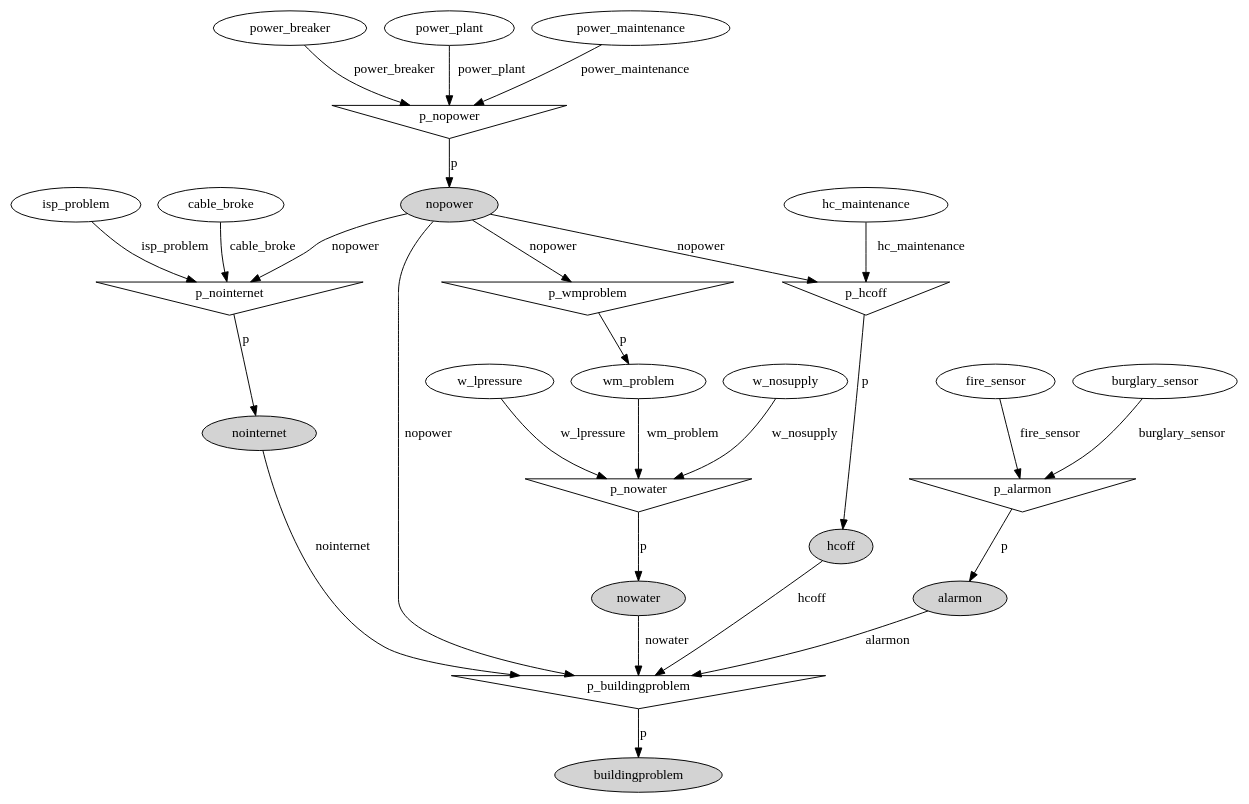
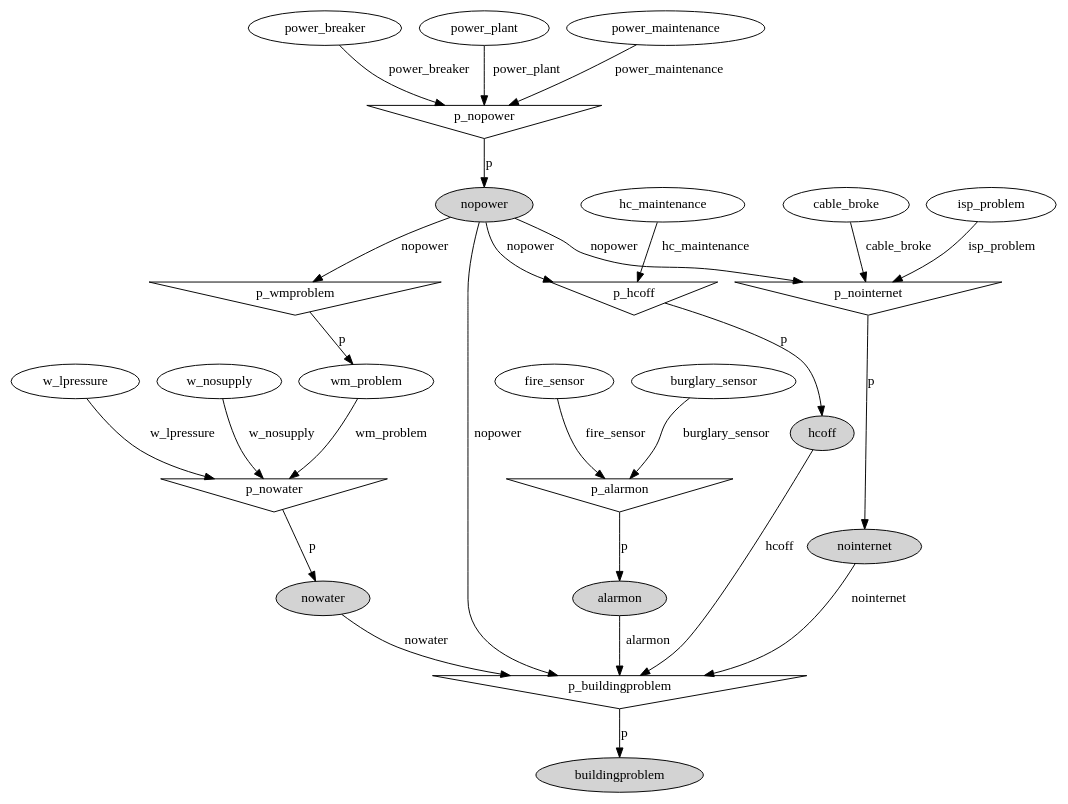
The diagram in container.dot (rolisanchez/ai-project-mcmc), drawn with Graphviz before and after one commit. The commit also changed other lines of this file and 9 other files, not shown here.

```diff
--- a/container.dot
+++ b/container.dot
@@ -1,52 +1,52 @@
 digraph G {
-nointernet [style=filled];
-p_nointernet [shape=invtriangle];
-p_nointernet -> nointernet  [label=p];
-nopower [style=filled];
-nopower -> p_nointernet  [label=nopower];
-p_nopower [shape=invtriangle];
-p_nopower -> nopower  [label=p];
-power_breaker;
-power_breaker -> p_nopower  [label=power_breaker];
-power_plant;
-power_plant -> p_nopower  [label=power_plant];
-power_maintenance;
-power_maintenance -> p_nopower  [label=power_maintenance];
-cable_broke;
-cable_broke -> p_nointernet  [label=cable_broke];
-isp_problem;
-isp_problem -> p_nointernet  [label=isp_problem];
-hcoff [style=filled];
-p_hcoff [shape=invtriangle];
-p_hcoff -> hcoff  [label=p];
-hc_maintenance;
-hc_maintenance -> p_hcoff  [label=hc_maintenance];
-nopower -> p_hcoff  [label=nopower];
 nowater [style=filled];
 p_nowater [shape=invtriangle];
 p_nowater -> nowater  [label=p];
 w_lpressure;
 w_lpressure -> p_nowater  [label=w_lpressure];
 w_nosupply;
 w_nosupply -> p_nowater  [label=w_nosupply];
 wm_problem;
 wm_problem -> p_nowater  [label=wm_problem];
 p_wmproblem [shape=invtriangle];
 p_wmproblem -> wm_problem  [label=p];
+nopower [style=filled];
 nopower -> p_wmproblem  [label=nopower];
+p_nopower [shape=invtriangle];
+p_nopower -> nopower  [label=p];
+power_breaker;
+power_breaker -> p_nopower  [label=power_breaker];
+power_plant;
+power_plant -> p_nopower  [label=power_plant];
+power_maintenance;
+power_maintenance -> p_nopower  [label=power_maintenance];
+buildingproblem [style=filled];
+p_buildingproblem [shape=invtriangle];
+p_buildingproblem -> buildingproblem  [label=p];
 alarmon [style=filled];
+alarmon -> p_buildingproblem  [label=alarmon];
 p_alarmon [shape=invtriangle];
 p_alarmon -> alarmon  [label=p];
 fire_sensor;
 fire_sensor -> p_alarmon  [label=fire_sensor];
 burglary_sensor;
 burglary_sensor -> p_alarmon  [label=burglary_sensor];
-buildingproblem [style=filled];
-p_buildingproblem [shape=invtriangle];
-p_buildingproblem -> buildingproblem  [label=p];
-alarmon -> p_buildingproblem  [label=alarmon];
+hcoff [style=filled];
 hcoff -> p_buildingproblem  [label=hcoff];
+p_hcoff [shape=invtriangle];
+p_hcoff -> hcoff  [label=p];
+hc_maintenance;
+hc_maintenance -> p_hcoff  [label=hc_maintenance];
+nopower -> p_hcoff  [label=nopower];
+nointernet [style=filled];
 nointernet -> p_buildingproblem  [label=nointernet];
+p_nointernet [shape=invtriangle];
+p_nointernet -> nointernet  [label=p];
+nopower -> p_nointernet  [label=nopower];
+cable_broke;
+cable_broke -> p_nointernet  [label=cable_broke];
+isp_problem;
+isp_problem -> p_nointernet  [label=isp_problem];
 nowater -> p_buildingproblem  [label=nowater];
 nopower -> p_buildingproblem  [label=nopower];
 }
```
